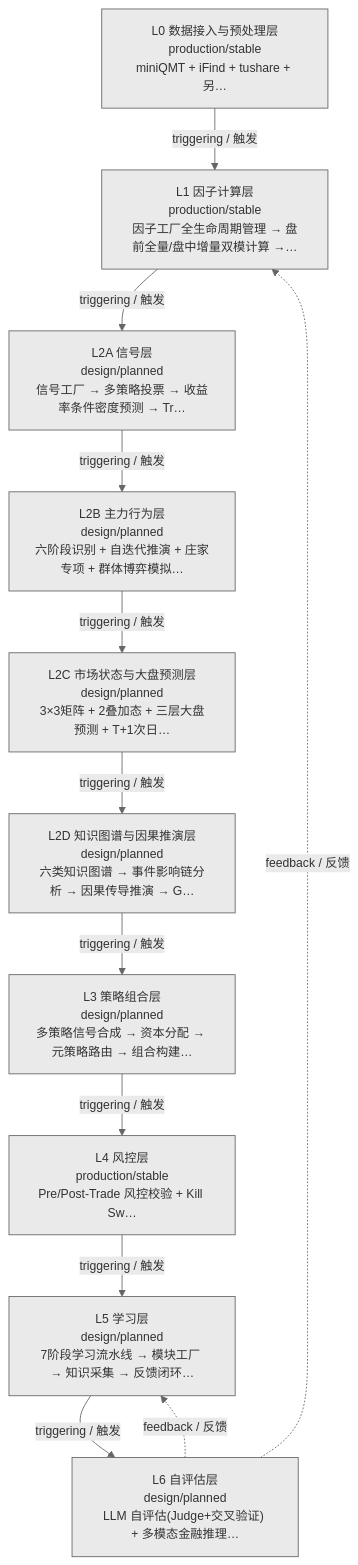
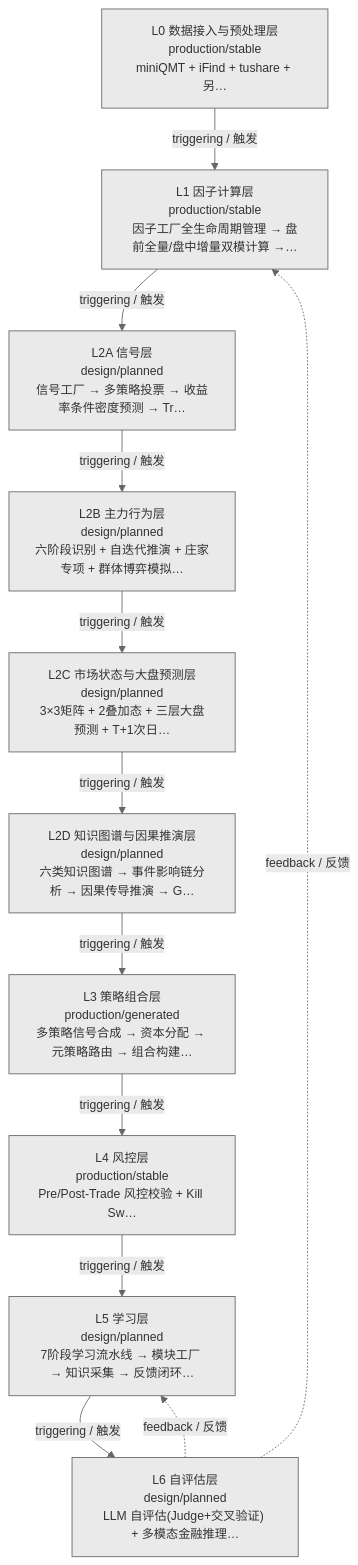
One commit to xuanFelixVan/ZephyrAlpha changed the diagram in docs/02_enterprise_architecture/06_decision_architecture/20_decision_layers.md. Above: the diagram before and after it, drawn with Mermaid. The commit also changed other lines of this file and 36 other files, not shown here.

First line of the commit message:
docs(arch): 三图入口索引加大白话解释 + 数据流生成器命名治本

````diff
--- a/docs/02_enterprise_architecture/06_decision_architecture/20_decision_layers.md
+++ b/docs/02_enterprise_architecture/06_decision_architecture/20_decision_layers.md
@@ -10,25 +10,25 @@
 ```mermaid
 %%{init: {'theme': 'base', 'themeVariables': {'primaryColor': '#eaeaea', 'primaryTextColor': '#333333', 'primaryBorderColor': '#666666', 'lineColor': '#666666', 'secondaryColor': '#eaeaea', 'tertiaryColor': '#eaeaea', 'fontSize': '14px'}}}%%
 flowchart TD
     LL0["L0 数据接入与预处理层<br/>production/stable<br/>miniQMT + iFind + tushare + 另…"]
     LL1["L1 因子计算层<br/>production/stable<br/>因子工厂全生命周期管理 → 盘前全量/盘中增量双模计算 →…"]
     LL2A["L2A 信号层<br/>design/planned<br/>信号工厂 → 多策略投票 → 收益率条件密度预测 → Tr…"]
     LL2B["L2B 主力行为层<br/>design/planned<br/>六阶段识别 + 自迭代推演 + 庄家专项 + 群体博弈模拟…"]
     LL2C["L2C 市场状态与大盘预测层<br/>design/planned<br/>3×3矩阵 + 2叠加态 + 三层大盘预测 + T+1次日…"]
     LL2D["L2D 知识图谱与因果推演层<br/>design/planned<br/>六类知识图谱 → 事件影响链分析 → 因果传导推演 → G…"]
-    LL3["L3 策略组合层<br/>design/planned<br/>多策略信号合成 → 资本分配 → 元策略路由 → 组合构建…"]
+    LL3["L3 策略组合层<br/>production/generated<br/>多策略信号合成 → 资本分配 → 元策略路由 → 组合构建…"]
     LL4["L4 风控层<br/>production/stable<br/>Pre/Post-Trade 风控校验 + Kill Sw…"]
     LL5["L5 学习层<br/>design/planned<br/>7阶段学习流水线 → 模块工厂 → 知识采集 → 反馈闭环…"]
     LL6["L6 自评估层<br/>design/planned<br/>LLM 自评估(Judge+交叉验证) + 多模态金融推理…"]
     LL0 -->|triggering / 触发| LL1
     LL1 -->|triggering / 触发| LL2A
     LL2A -->|triggering / 触发| LL2B
     LL2B -->|triggering / 触发| LL2C
     LL2C -->|triggering / 触发| LL2D
     LL2D -->|triggering / 触发| LL3
     LL3 -->|triggering / 触发| LL4
     LL4 -->|triggering / 触发| LL5
     LL5 -->|triggering / 触发| LL6
     LL6 -.->|feedback / 反馈| LL1
     LL6 -.->|feedback / 反馈| LL5
 ```
````
